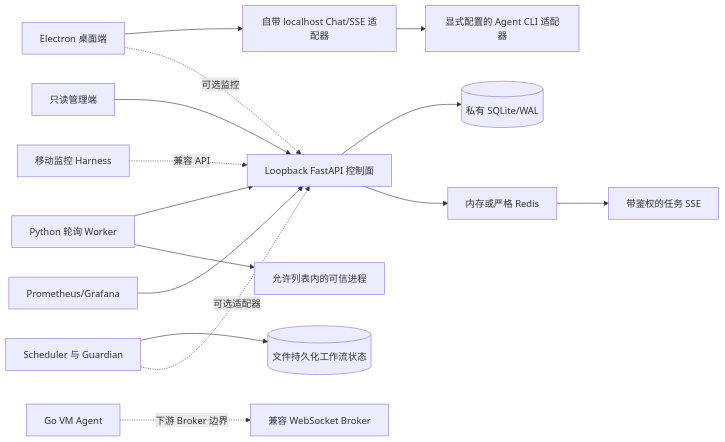
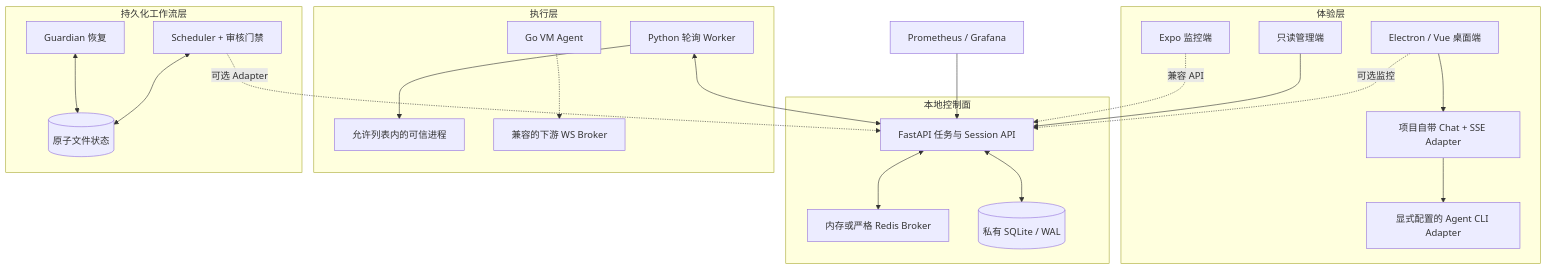
Before and after one commit to primorLee/agent-workflow-platform: the diagram in README.zh-CN.md, drawn with Mermaid. The commit also changed other lines of this file and 1 other file, not shown here.

````diff
--- a/README.zh-CN.md
+++ b/README.zh-CN.md
@@ -28,17 +140,43 @@
-```mermaid
-flowchart LR
-    Desktop[Electron 桌面端] --> Chat[自带 localhost Chat/SSE 适配器]
-    Chat --> CLI[显式配置的 Agent CLI 适配器]
-    Desktop -. 可选监控 .-> API[Loopback FastAPI 控制面]
-    Admin[只读管理端] --> API
-    Mobile[移动监控 Harness] -. 兼容 API .-> API
-    API --> DB[(私有 SQLite/WAL)]
-    API --> Broker[内存或严格 Redis]
-    Broker --> Events[带鉴权的任务 SSE]
-    Worker[Python 轮询 Worker] --> API
-    Worker --> Process[允许列表内的可信进程]
-    VM[Go VM Agent] -. 下游 Broker 边界 .-> VMBroker[兼容 WebSocket Broker]
-    Flow[Scheduler 与 Guardian] --> Files[(文件持久化工作流状态)]
-    Flow -. 可选适配器 .-> API
-    Metrics[Prometheus/Grafana] --> API
-```
+~~~mermaid
+flowchart TB
+    subgraph Experience["体验层"]
+        Desktop["Electron / Vue 桌面端"]
+        Chat["项目自带 Chat + SSE Adapter"]
+        CLI["显式配置的 Agent CLI Adapter"]
+        Admin["只读管理端"]
+        Mobile["Expo 监控端"]
+        Desktop --> Chat --> CLI
+    end
+
+    subgraph Control["本地控制面"]
+        API["FastAPI 任务与 Session API"]
+        Broker["内存或严格 Redis Broker"]
+        DB[("私有 SQLite / WAL")]
+        API <--> Broker
+        API <--> DB
+    end
+
+    subgraph Execution["执行层"]
+        PyWorker["Python 轮询 Worker"]
+        Process["允许列表内的可信进程"]
+        VmAgent["Go VM Agent"]
+        VmBroker["兼容的下游 WS Broker"]
+        PyWorker --> Process
+        VmAgent -.-> VmBroker
+    end
+
+    subgraph Workflow["持久化工作流层"]
+        Scheduler["Scheduler + 审核门禁"]
+        Guardian["Guardian 恢复"]
+        State[("原子文件状态")]
+        Scheduler <--> State
+        Guardian <--> State
+    end
+
+    Desktop -. 可选监控 .-> API
+    Admin --> API
+    Mobile -. 兼容 API .-> API
+    PyWorker <--> API
+    Scheduler -. 可选 Adapter .-> API
+    Metrics["Prometheus / Grafana"] --> API
+~~~
````
